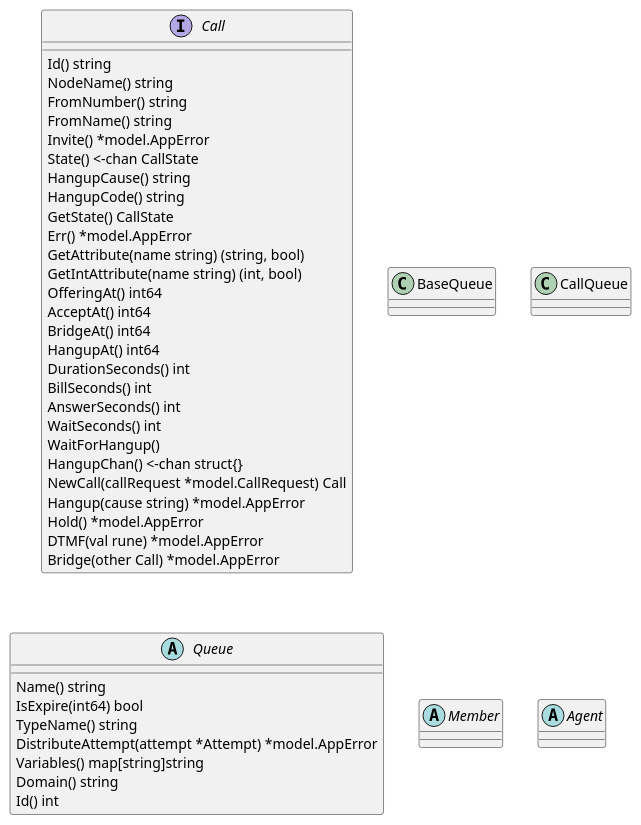
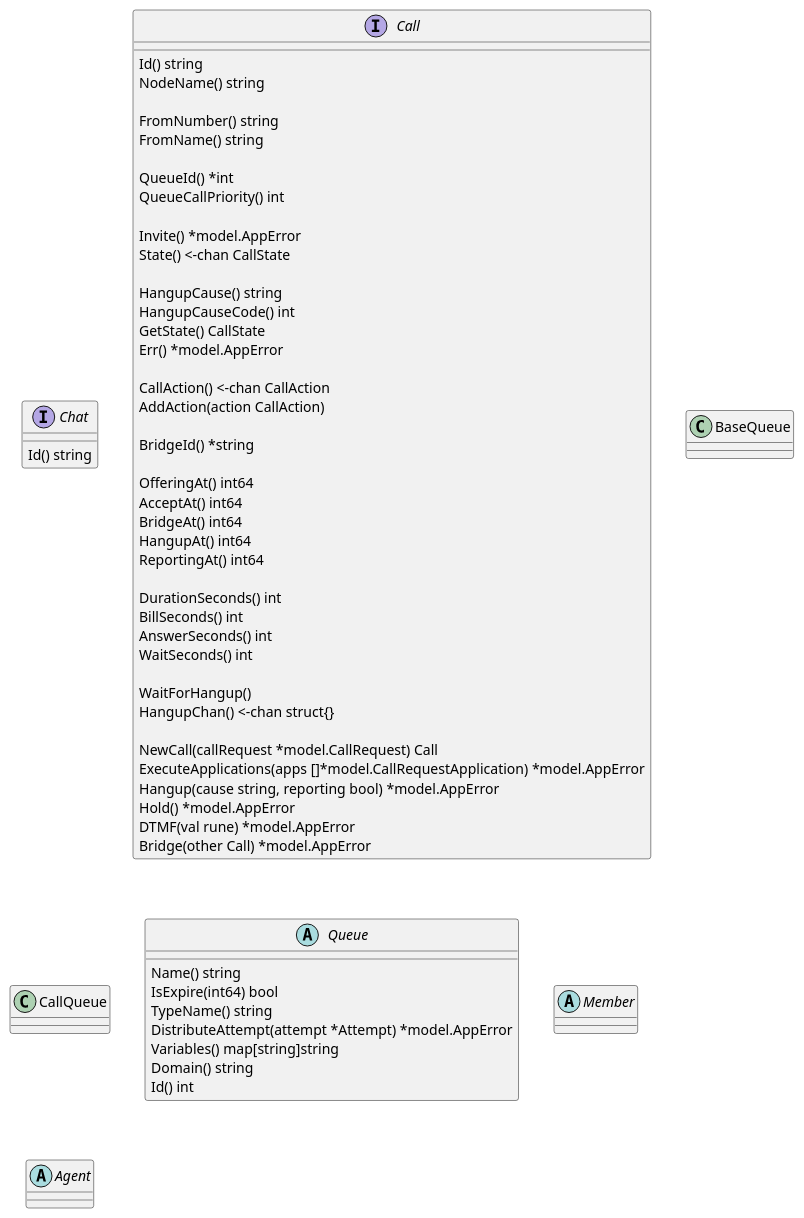
One commit to webitel/call_center changed the diagram in scripts/test.puml. Above: the diagram before and after it, drawn with PlantUML. The commit also changed 6 other files, not shown here.

```diff
--- a/scripts/test.puml
+++ b/scripts/test.puml
@@ -1,51 +1,69 @@
 @startuml
 
-interface Call {
+interface Chat {
     Id() string
-    NodeName() string
-    FromNumber() string
-    FromName() string
-    Invite() *model.AppError
-    State() <-chan CallState
-    HangupCause() string
-    HangupCode() string
-    GetState() CallState
-    Err() *model.AppError
-    GetAttribute(name string) (string, bool)
-    GetIntAttribute(name string) (int, bool)
-    OfferingAt() int64
-    AcceptAt() int64
-    BridgeAt() int64
-    HangupAt() int64
-    DurationSeconds() int
-    BillSeconds() int
-    AnswerSeconds() int
-    WaitSeconds() int
-    WaitForHangup()
-    HangupChan() <-chan struct{}
-    NewCall(callRequest *model.CallRequest) Call
-    Hangup(cause string) *model.AppError
-    Hold() *model.AppError
-    DTMF(val rune) *model.AppError
-    Bridge(other Call) *model.AppError
 }
 
+interface Call {
+	Id() string
+	NodeName() string
+
+	FromNumber() string
+	FromName() string
+
+	QueueId() *int
+	QueueCallPriority() int
+
+	Invite() *model.AppError
+	State() <-chan CallState
+
+	HangupCause() string
+	HangupCauseCode() int
+	GetState() CallState
+	Err() *model.AppError
+
+	CallAction() <-chan CallAction
+	AddAction(action CallAction)
+
+	BridgeId() *string
+
+	OfferingAt() int64
+	AcceptAt() int64
+	BridgeAt() int64
+	HangupAt() int64
+	ReportingAt() int64
+
+	DurationSeconds() int
+	BillSeconds() int
+	AnswerSeconds() int
+	WaitSeconds() int
+
+	WaitForHangup()
+	HangupChan() <-chan struct{}
+
+	NewCall(callRequest *model.CallRequest) Call
+	ExecuteApplications(apps []*model.CallRequestApplication) *model.AppError
+	Hangup(cause string, reporting bool) *model.AppError
+	Hold() *model.AppError
+	DTMF(val rune) *model.AppError
+	Bridge(other Call) *model.AppError
+}
 
 class BaseQueue {
 
 }
 class CallQueue {
 }
 abstract class  Queue {
 	Name() string
 	IsExpire(int64) bool
 	TypeName() string
 	DistributeAttempt(attempt *Attempt) *model.AppError
 	Variables() map[string]string
 	Domain() string
 	Id() int
 }
 abstract class Member
 abstract class Agent
 
 @enduml
```
